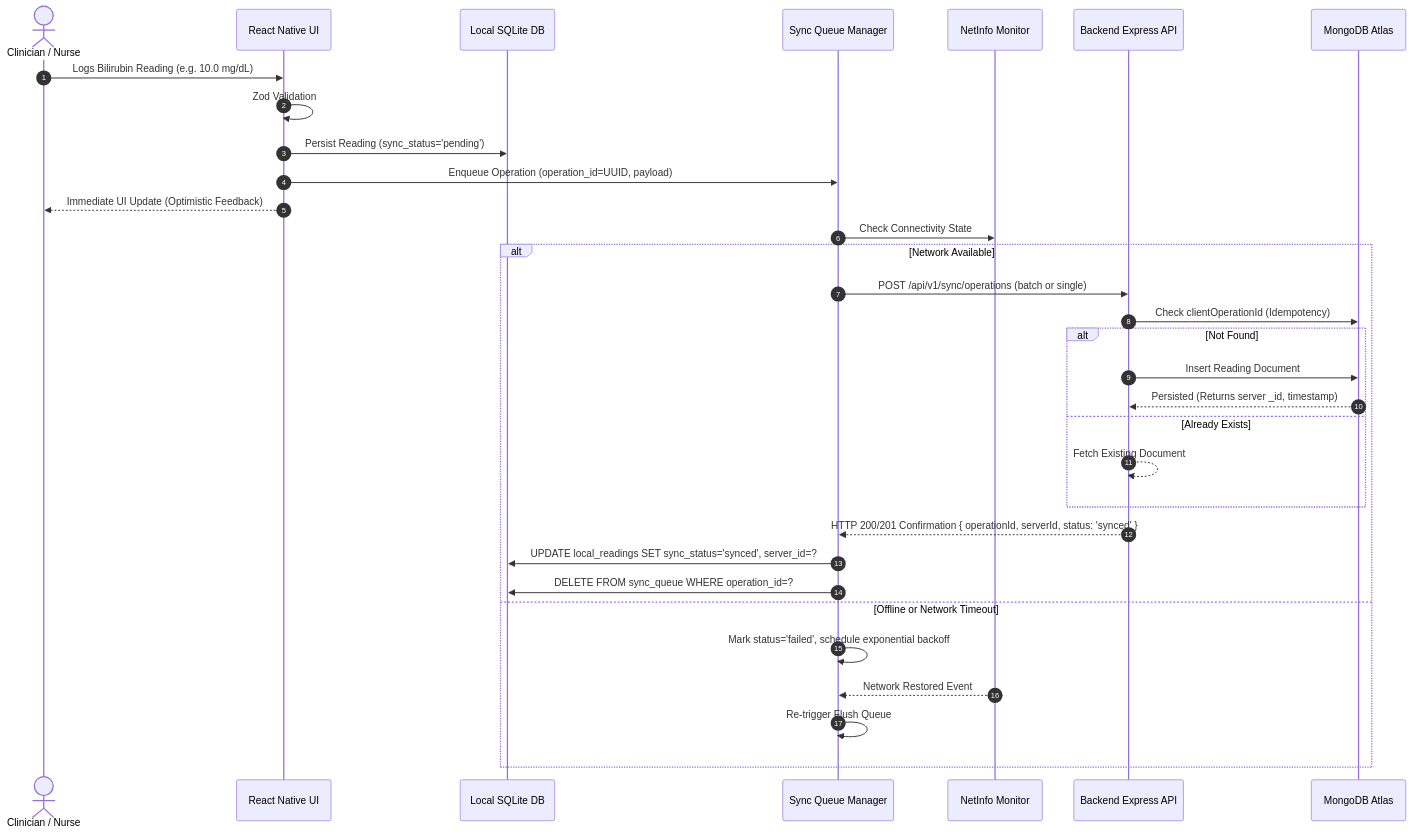
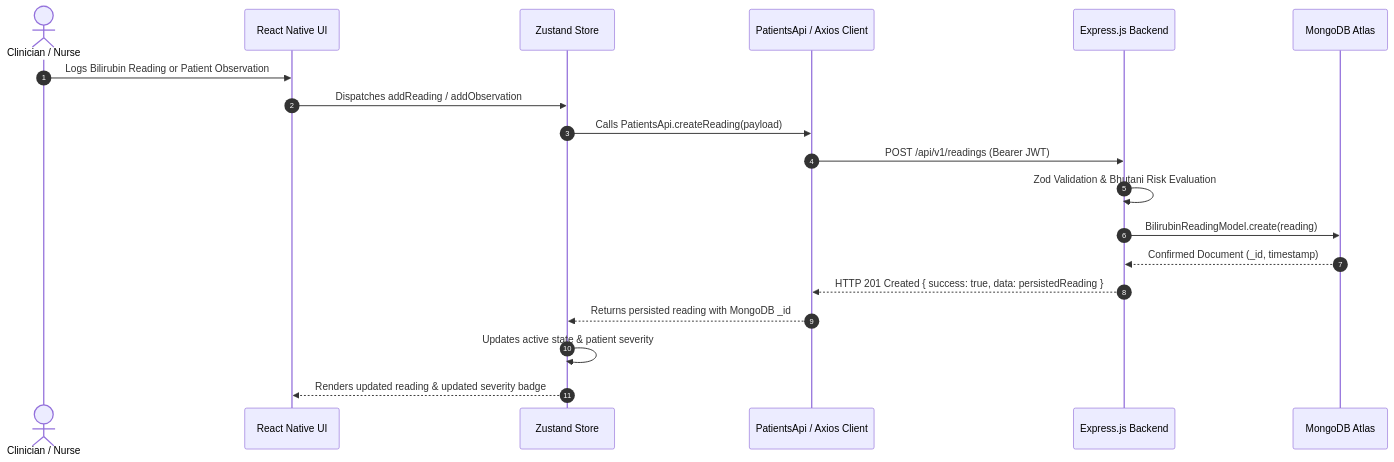
The diagram in docs/SYNC_ARCHITECTURE.md (shubhamsingh47/BiliSURE_App-), drawn with Mermaid before and after one commit. The commit also changed other lines of this file and 99 other files, not shown here.

Commit message:
Clean MongoDB persistence, remove SQLite & seed mocks, update tracker & ignore .env and dist

````diff
--- a/docs/SYNC_ARCHITECTURE.md
+++ b/docs/SYNC_ARCHITECTURE.md
@@ -16,36 +16,22 @@
 ```mermaid
 sequenceDiagram
     autonumber
     actor Nurse as Clinician / Nurse
     participant UI as React Native UI
-    participant SQLite as Local SQLite DB
-    participant Queue as Sync Queue Manager
-    participant Net as NetInfo Monitor
-    participant API as Backend Express API
+    participant Store as Zustand Store
+    participant API as PatientsApi / Axios Client
+    participant Express as Express.js Backend
     participant Mongo as MongoDB Atlas
 
-    Nurse->>UI: Logs Bilirubin Reading (e.g. 10.0 mg/dL)
-    UI->>UI: Zod Validation
-    UI->>SQLite: Persist Reading (sync_status='pending')
-    UI->>Queue: Enqueue Operation (operation_id=UUID, payload)
-    UI-->>Nurse: Immediate UI Update (Optimistic Feedback)
-
-    Queue->>Net: Check Connectivity State
-    alt Network Available
-        Queue->>API: POST /api/v1/sync/operations (batch or single)
-        API->>Mongo: Check clientOperationId (Idempotency)
-        alt Not Found
-            API->>Mongo: Insert Reading Document
-            Mongo-->>API: Persisted (Returns server _id, timestamp)
-        else Already Exists
-            API-->>API: Fetch Existing Document
-        end
-        API-->>Queue: HTTP 200/201 Confirmation { operationId, serverId, status: 'synced' }
-        Queue->>SQLite: UPDATE local_readings SET sync_status='synced', server_id=?
-        Queue->>SQLite: DELETE FROM sync_queue WHERE operation_id=?
-    else Offline or Network Timeout
-        Queue->>Queue: Mark status='failed', schedule exponential backoff
-        Net-->>Queue: Network Restored Event
-        Queue->>Queue: Re-trigger Flush Queue
-    end
+    Nurse->>UI: Logs Bilirubin Reading or Patient Observation
+    UI->>Store: Dispatches addReading / addObservation
+    Store->>API: Calls PatientsApi.createReading(payload)
+    API->>Express: POST /api/v1/readings (Bearer JWT)
+    Express->>Express: Zod Validation & Bhutani Risk Evaluation
+    Express->>Mongo: BilirubinReadingModel.create(reading)
+    Mongo-->>Express: Confirmed Document (_id, timestamp)
+    Express-->>API: HTTP 201 Created { success: true, data: persistedReading }
+    API-->>Store: Returns persisted reading with MongoDB _id
+    Store->>Store: Updates active state & patient severity
+    Store-->>UI: Renders updated reading & updated severity badge
 ```
````
